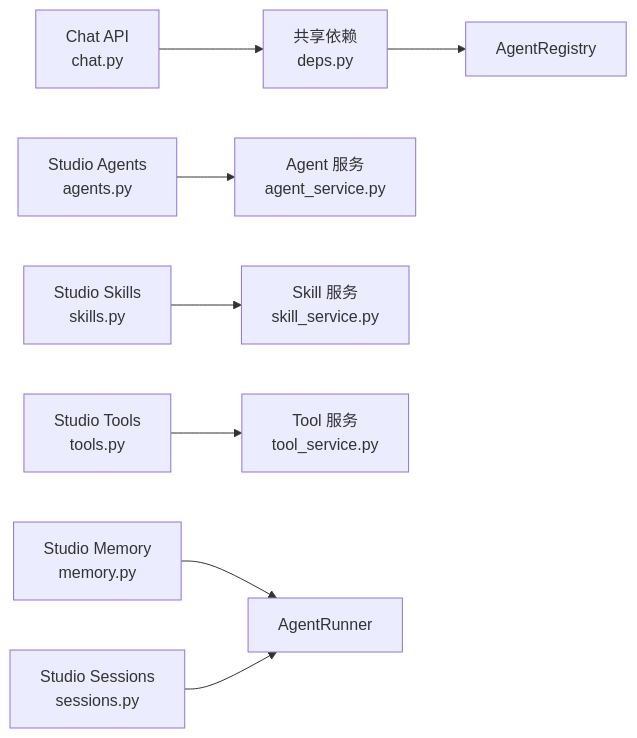
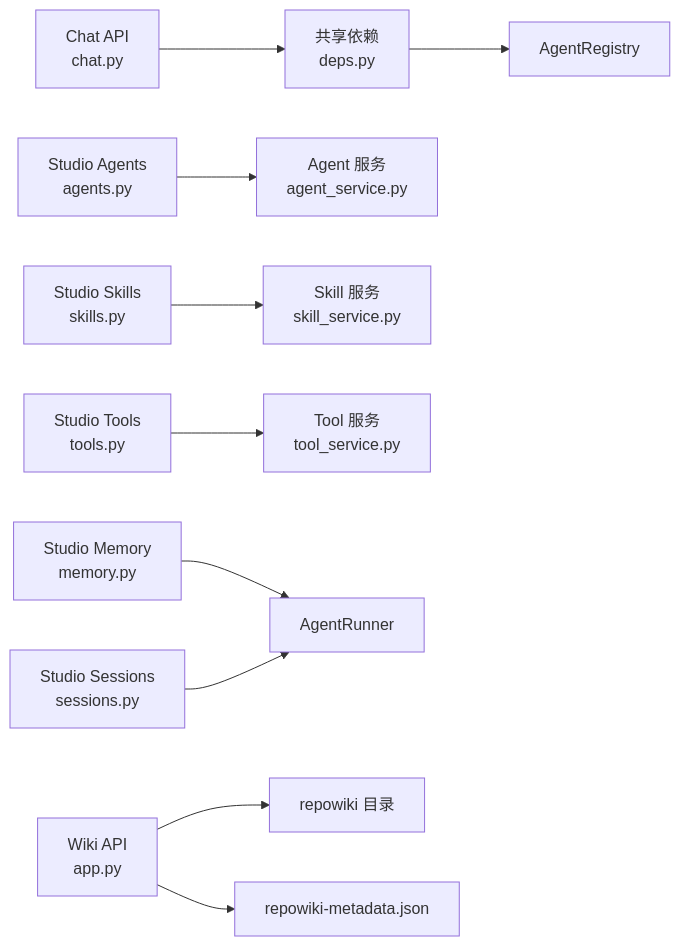
Diagram 13 of 13 in repowiki/zh/content/API 接口文档/API 接口文档.md (YU-JI-KUI/ark-agentic), drawn with Mermaid before and after one commit. The commit also changed other lines of this file and 10 other files, not shown here.

````diff
--- a/repowiki/zh/content/API 接口文档/API 接口文档.md
+++ b/repowiki/zh/content/API 接口文档/API 接口文档.md
@@ -335,10 +456,12 @@
 ```mermaid
 graph LR
 Chat["Chat API<br/>chat.py"] --> Deps["共享依赖<br/>deps.py"]
 Deps --> Registry["AgentRegistry"]
 StudioAgents["Studio Agents<br/>agents.py"] --> AgentSvc["Agent 服务<br/>agent_service.py"]
 StudioSkills["Studio Skills<br/>skills.py"] --> SkillSvc["Skill 服务<br/>skill_service.py"]
 StudioTools["Studio Tools<br/>tools.py"] --> ToolSvc["Tool 服务<br/>tool_service.py"]
 StudioMemory["Studio Memory<br/>memory.py"] --> AgentRunner["AgentRunner"]
 StudioSessions["Studio Sessions<br/>sessions.py"] --> AgentRunner
+WikiAPI["Wiki API<br/>app.py"] --> WikiRoot["repowiki 目录"]
+WikiAPI --> MetaFile["repowiki-metadata.json"]
 ```
````
